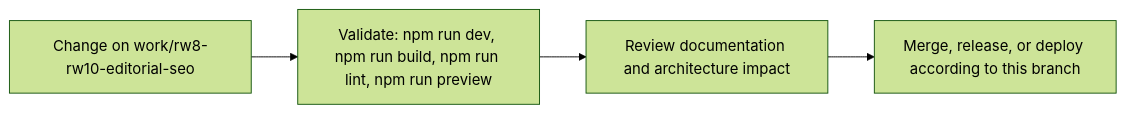
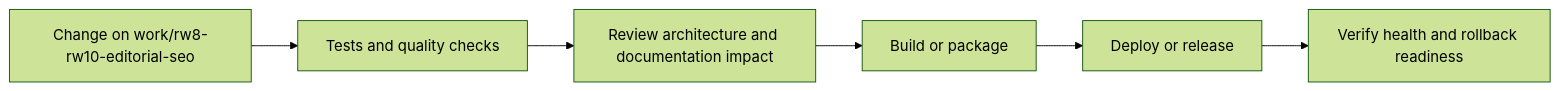
Before and after one commit to Nischhalsubba/Reeja-Maharjan-Website-2026: the fourth of 5 diagrams in README.md, drawn with Mermaid (forest theme). The commit also changed other lines of this file, not shown here.

````diff
--- a/README.md
+++ b/README.md
@@ -80,8 +160,8 @@
 ```mermaid
 flowchart LR
-    CHANGE["Change on work/rw8-rw10-editorial-seo"]
-    CHECK["Validate: npm run dev, npm run build, npm run lint, npm run preview"]
-    REVIEW["Review documentation and architecture impact"]
-    RELEASE["Merge, release, or deploy according to this branch"]
-    CHANGE --> CHECK --> REVIEW --> RELEASE
+    CHANGE["Change on work/rw8-rw10-editorial-seo"] --> CHECK["Tests and quality checks"]
+    CHECK --> REVIEW["Review architecture and documentation impact"]
+    REVIEW --> BUILD["Build or package"]
+    BUILD --> DEPLOY["Deploy or release"]
+    DEPLOY --> VERIFY["Verify health and rollback readiness"]
 ```
````
